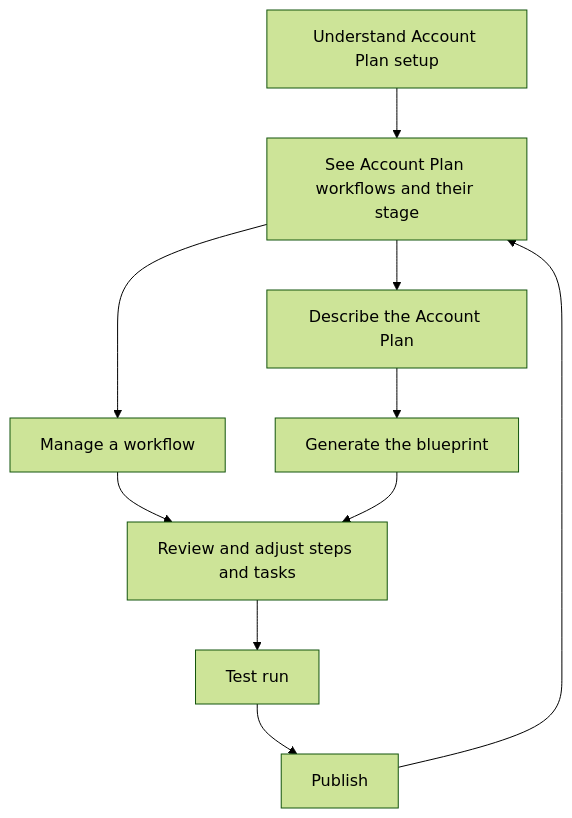
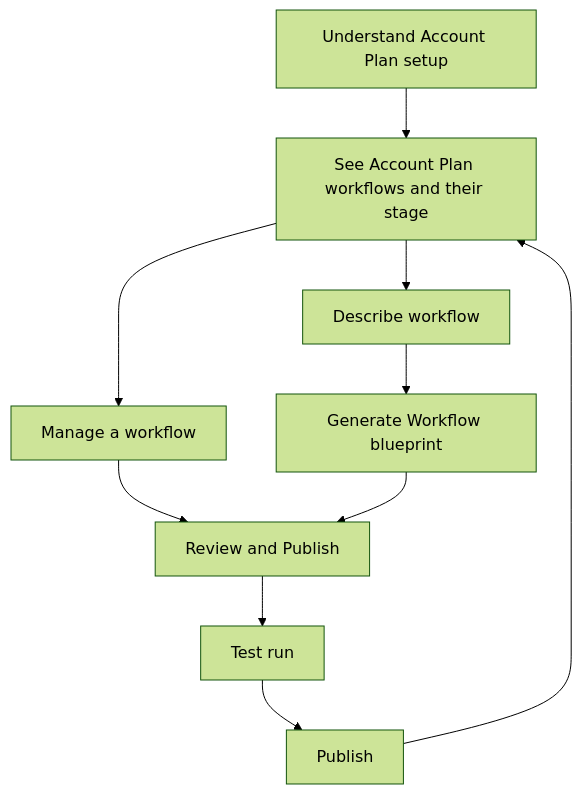
One commit to rishitak-lab/Account-plan-Setup changed the diagram in docs/design-requirements.md. Above: the diagram before and after it, drawn with Mermaid (forest theme). The commit also changed other lines of this file and 11 other files, not shown here.

First line of the commit message:
Align canonical blueprint content with runtime cases workflow

````diff
--- a/docs/design-requirements.md
+++ b/docs/design-requirements.md
@@ -83,21 +84,21 @@
 ```mermaid
 flowchart TD
   understand[Understand Account Plan setup]
   inventory[See Account Plan workflows and their stage]
   manage[Manage a workflow]
-  describe[Describe the Account Plan]
-  generate[Generate the blueprint]
-  review[Review and adjust steps and tasks]
+  describe[Describe workflow]
+  blueprint[Generate Workflow blueprint]
+  review[Review and Publish]
   testrun[Test run]
   publish[Publish]
 
   understand --> inventory
   inventory --> describe
   inventory --> manage
   manage --> review
-  describe --> generate
-  generate --> review
+  describe --> blueprint
+  blueprint --> review
   review --> testrun
   testrun --> publish
   publish --> inventory
 ```
````
